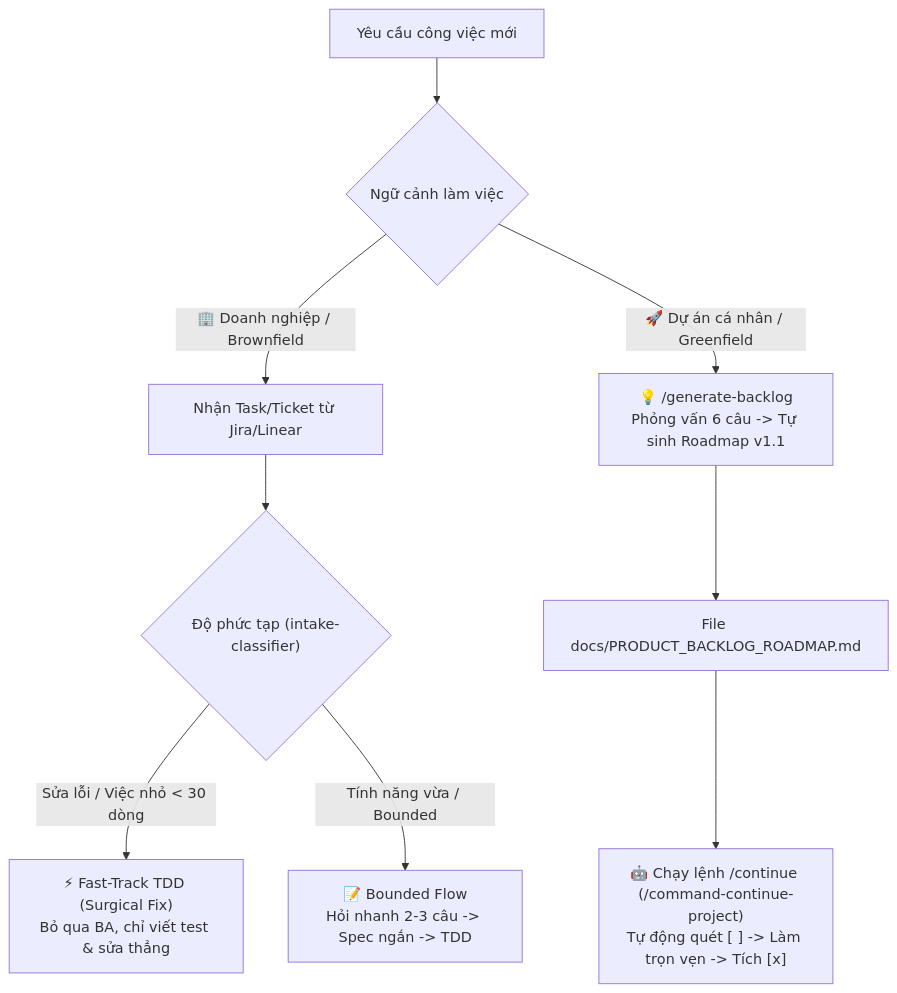
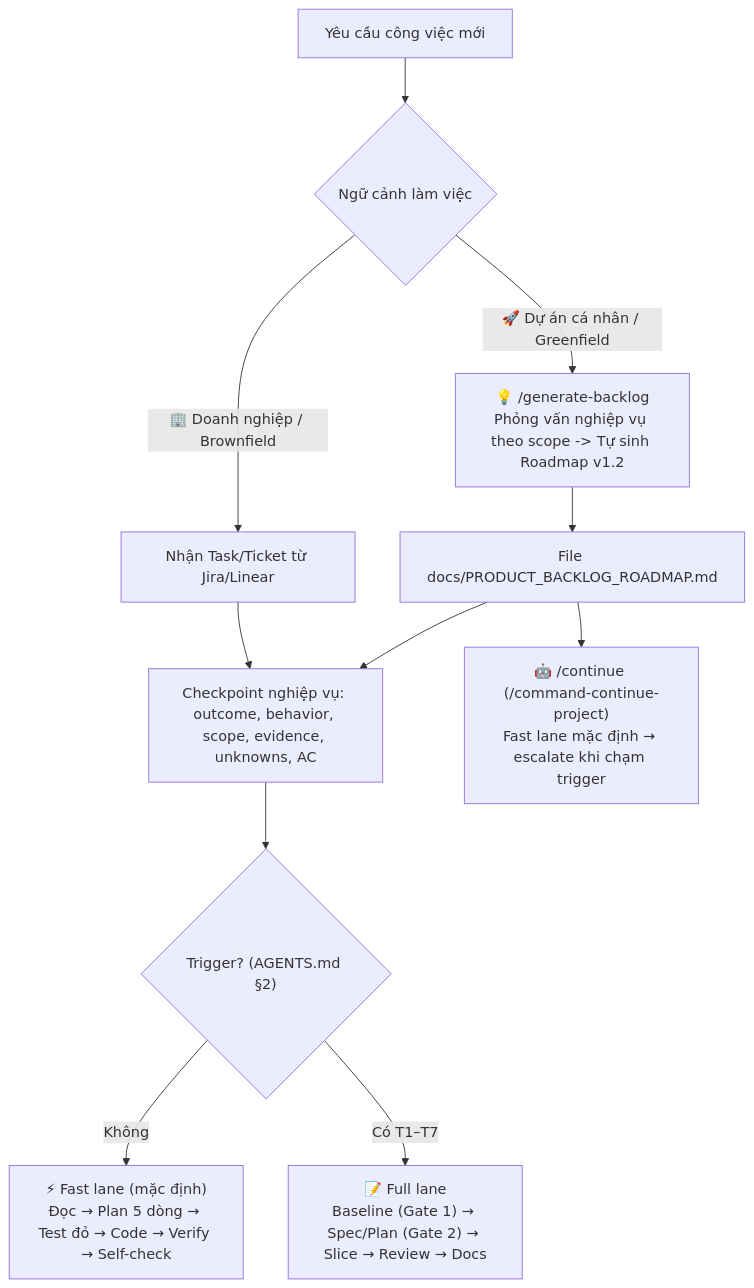
Before and after one commit to ahauy/universal-agents-workflow: the second of 3 diagrams in README.md, drawn with Mermaid. The commit also changed other lines of this file and 6 other files, not shown here.

````diff
--- a/README.md
+++ b/README.md
@@ -161,13 +136,15 @@
 ```mermaid
 graph TD
     Trigger["Yêu cầu công việc mới"] --> Env{"Ngữ cảnh làm việc"}
 
     Env -->|🏢 Doanh nghiệp / Brownfield| Ticket["Nhận Task/Ticket từ Jira/Linear"]
-    Ticket --> Classify{"Độ phức tạp (intake-classifier)"}
-    Classify -->|Sửa lỗi / Việc nhỏ < 30 dòng| FT["⚡ Fast-Track TDD (Surgical Fix)<br/>Bỏ qua BA, chỉ viết test & sửa thẳng"]
-    Classify -->|Tính năng vừa / Bounded| Light["📝 Bounded Flow<br/>Hỏi nhanh 2-3 câu -> Spec ngắn -> TDD"]
+    Ticket --> Checkpoint["Checkpoint nghiệp vụ: outcome, behavior, scope, evidence, unknowns, AC"]
+    Checkpoint --> Lane{"Trigger? (AGENTS.md §2)"}
+    Lane -->|Không| FT["⚡ Fast lane (mặc định)<br/>Đọc → Plan 5 dòng → Test đỏ → Code → Verify → Self-check"]
+    Lane -->|Có T1–T7| Full["📝 Full lane<br/>Baseline (Gate 1) → Spec/Plan (Gate 2) → Slice → Review → Docs"]
 
-    Env -->|🚀 Dự án cá nhân / Greenfield| Backlog["💡 /generate-backlog<br/>Phỏng vấn 6 câu -> Tự sinh Roadmap v1.1"]
+    Env -->|🚀 Dự án cá nhân / Greenfield| Backlog["💡 /generate-backlog<br/>Phỏng vấn nghiệp vụ theo scope -> Tự sinh Roadmap v1.2"]
     Backlog --> Roadmap["File docs/PRODUCT_BACKLOG_ROADMAP.md"]
-    Roadmap --> Auto["🤖 Chạy lệnh /continue (/command-continue-project)<br/>Tự động quét [ ] -> Làm trọn vẹn -> Tích [x]"]
+    Roadmap --> Checkpoint
+    Roadmap --> Auto["🤖 /continue (/command-continue-project)<br/>Fast lane mặc định → escalate khi chạm trigger"]
 ```
````
